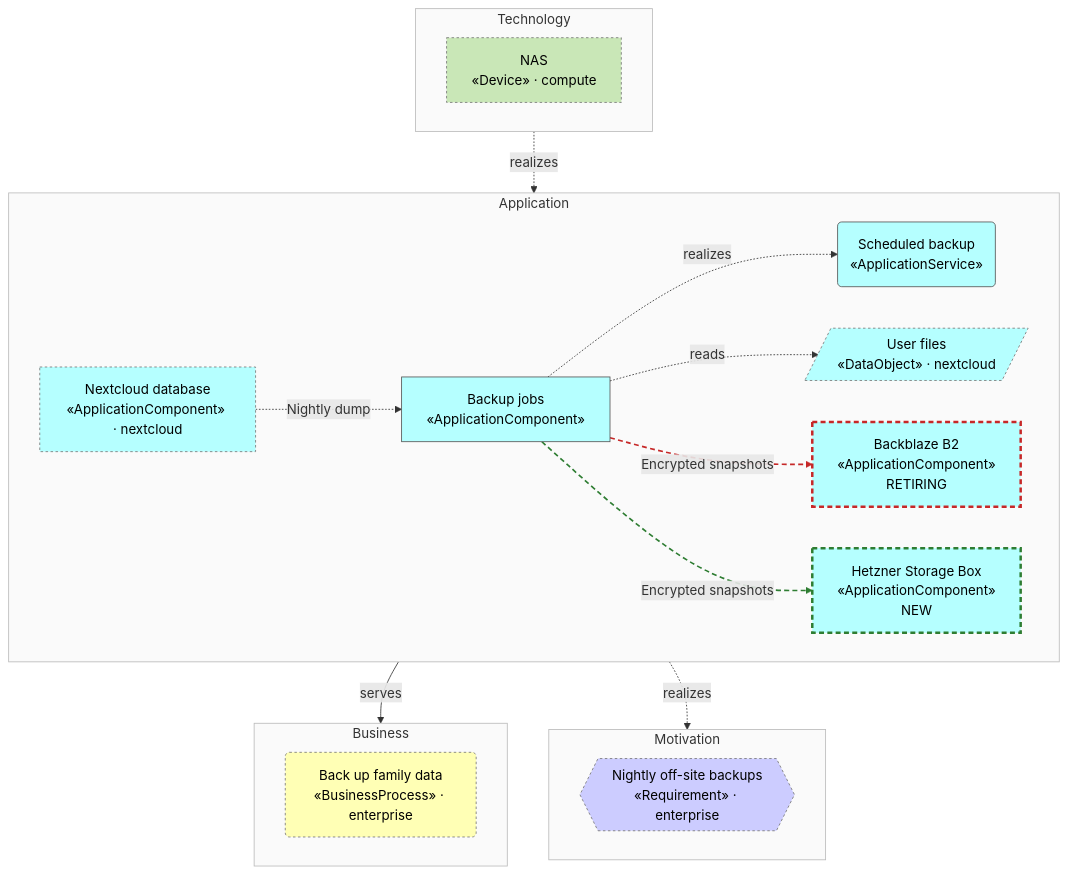
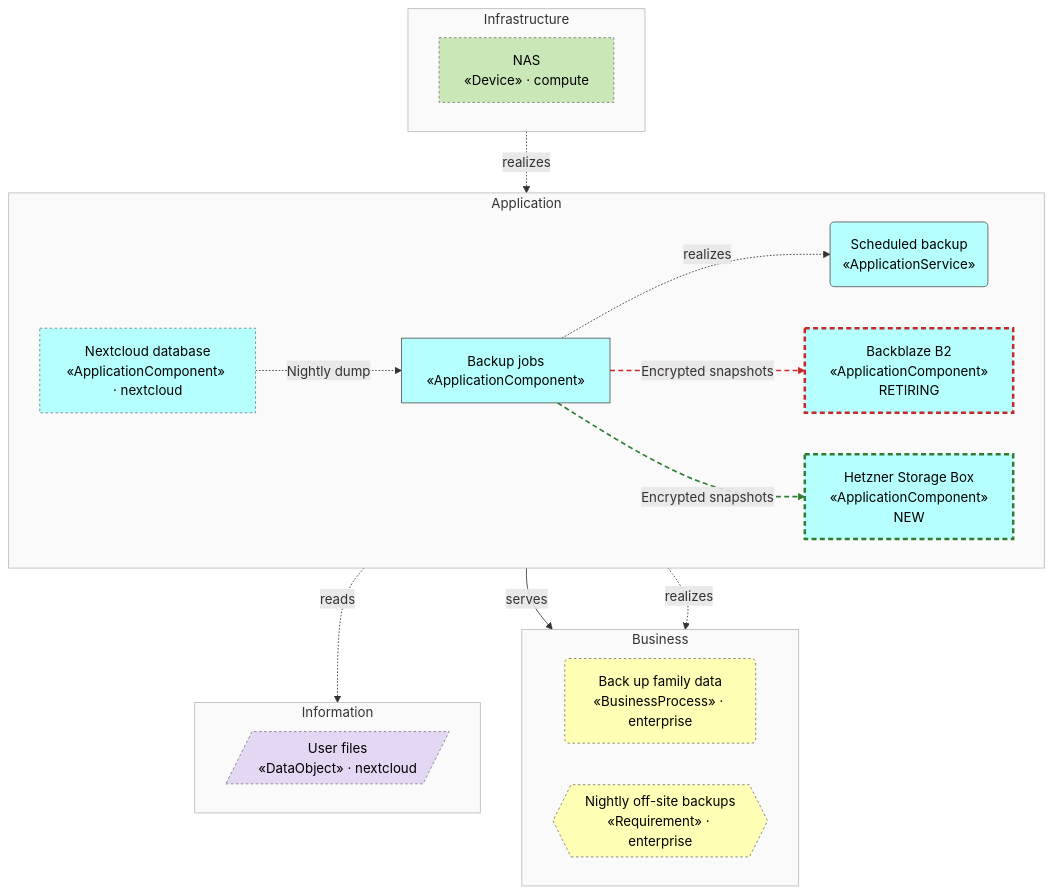
Before and after one commit to b-zig/a4m: the first of 3 diagrams in docs/backup/view-overview.md, drawn with Mermaid. The commit also changed other lines of this file and 83 other files, not shown here.

````diff
--- a/docs/backup/view-overview.md
+++ b/docs/backup/view-overview.md
@@ -8,52 +8,52 @@
 ```mermaid
 flowchart TB
-  subgraph layer_motivation["Motivation"]
-    direction LR
-    enterprise__mot_req_backup{{"Nightly off-site backups<br/>«Requirement» · enterprise"}}
-  end
   subgraph layer_business["Business"]
     direction LR
     enterprise__bus_proc_backup("Back up family data<br/>«BusinessProcess» · enterprise")
+    enterprise__bus_req_backup{{"Nightly off-site backups<br/>«Requirement» · enterprise"}}
+  end
+  subgraph layer_information["Information"]
+    direction LR
+    nextcloud__data_files[/"User files<br/>«DataObject» · nextcloud"/]
   end
   subgraph layer_application["Application"]
     direction LR
     app_backup["Backup jobs<br/>«ApplicationComponent»"]
     app_svc_backup("Scheduled backup<br/>«ApplicationService»")
     app_offsite_b2["Backblaze B2<br/>«ApplicationComponent»<br/>RETIRING"]
     app_offsite_hetzner["Hetzner Storage Box<br/>«ApplicationComponent»<br/>NEW"]
-    nextcloud__app_data_files[/"User files<br/>«DataObject» · nextcloud"/]
     nextcloud__app_nextcloud_db["Nextcloud database<br/>«ApplicationComponent» · nextcloud"]
   end
-  subgraph layer_technology["Technology"]
+  subgraph layer_infrastructure["Infrastructure"]
     direction LR
-    compute__tech_nas["NAS<br/>«Device» · compute"]
+    compute__infra_nas["NAS<br/>«Device» · compute"]
   end
   app_backup -.->|"realizes"| app_svc_backup
   app_svc_backup -->|"serves"| enterprise__bus_proc_backup
-  app_backup -.->|"realizes"| enterprise__mot_req_backup
-  compute__tech_nas -.->|"realizes"| app_backup
-  app_backup -.->|"reads"| nextcloud__app_data_files
+  app_backup -.->|"realizes"| enterprise__bus_req_backup
+  compute__infra_nas -.->|"realizes"| app_backup
+  app_backup -.->|"reads"| nextcloud__data_files
   nextcloud__app_nextcloud_db -.->|"Nightly dump"| app_backup
   app_backup -.->|"Encrypted snapshots"| app_offsite_b2
   app_backup -.->|"Encrypted snapshots"| app_offsite_hetzner
-  classDef motivation fill:#CCCCFF,stroke:#555,color:#000
-  class enterprise__mot_req_backup motivation
-  style layer_motivation fill:#fafafa,stroke:#bbb
   classDef business fill:#FFFFB5,stroke:#555,color:#000
-  class enterprise__bus_proc_backup business
+  class enterprise__bus_proc_backup,enterprise__bus_req_backup business
   style layer_business fill:#fafafa,stroke:#bbb
+  classDef information fill:#E3D7F4,stroke:#555,color:#000
+  class nextcloud__data_files information
+  style layer_information fill:#fafafa,stroke:#bbb
   classDef application fill:#B5FFFF,stroke:#555,color:#000
-  class app_backup,app_svc_backup,app_offsite_b2,app_offsite_hetzner,nextcloud__app_data_files,nextcloud__app_nextcloud_db application
+  class app_backup,app_svc_backup,app_offsite_b2,app_offsite_hetzner,nextcloud__app_nextcloud_db application
   style layer_application fill:#fafafa,stroke:#bbb
-  classDef technology fill:#C9E7B7,stroke:#555,color:#000
-  class compute__tech_nas technology
-  style layer_technology fill:#fafafa,stroke:#bbb
+  classDef infrastructure fill:#C9E7B7,stroke:#555,color:#000
+  class compute__infra_nas infrastructure
+  style layer_infrastructure fill:#fafafa,stroke:#bbb
   classDef foreign stroke:#777,stroke-dasharray:3 3
-  class compute__tech_nas,enterprise__bus_proc_backup,enterprise__mot_req_backup,nextcloud__app_data_files,nextcloud__app_nextcloud_db foreign
+  class compute__infra_nas,enterprise__bus_proc_backup,enterprise__bus_req_backup,nextcloud__app_nextcloud_db,nextcloud__data_files foreign
   classDef st_new stroke:#2e7d32,stroke-width:3px,stroke-dasharray:6 4
   class app_offsite_hetzner st_new
   classDef st_retiring stroke:#c62828,stroke-width:3px,stroke-dasharray:6 4
   class app_offsite_b2 st_retiring
   linkStyle 6 stroke:#c62828,stroke-width:2px,stroke-dasharray:6 4
   linkStyle 7 stroke:#2e7d32,stroke-width:2px,stroke-dasharray:6 4
 ```
````
